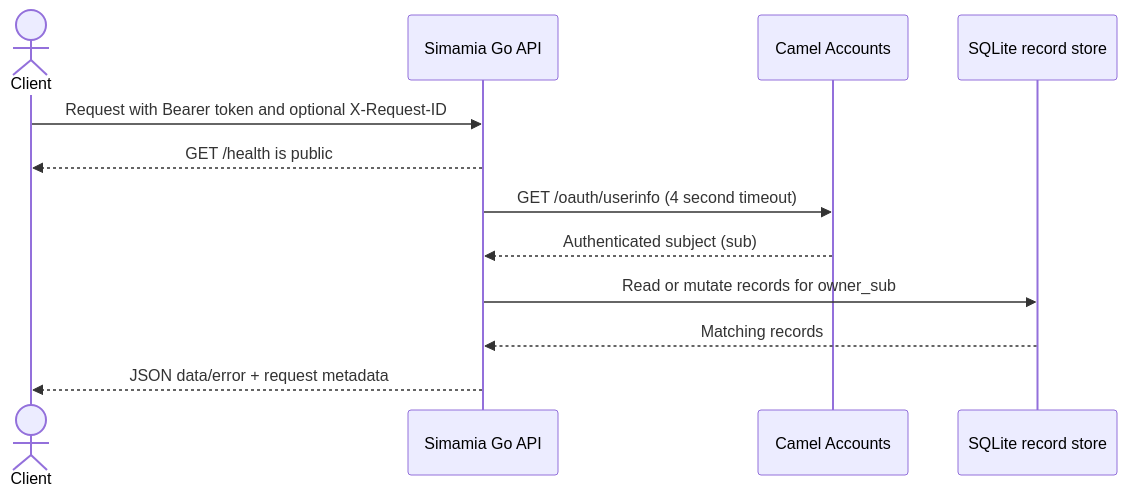
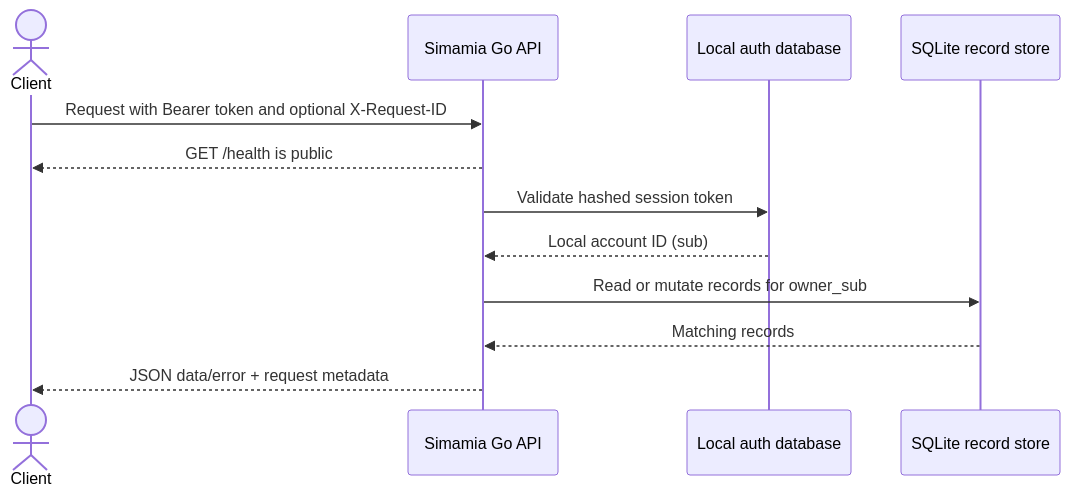
One commit to troubleman96/simamia-opensource changed the first of 2 diagrams in docs-site/app/api/page.mdx. Above: the diagram before and after it, drawn with Mermaid. The commit also changed other lines of this file and 53 other files, not shown here.

Commit message:
feat: replace Camel auth with local accounts

````diff
--- a/docs-site/app/api/page.mdx
+++ b/docs-site/app/api/page.mdx
@@ -44,14 +45,14 @@
 ```mermaid
 sequenceDiagram
   actor Client
   participant API as Simamia Go API
-  participant Accounts as Camel Accounts
+  participant Accounts as Local auth database
   participant Store as SQLite record store
   Client->>API: Request with Bearer token and optional X-Request-ID
   API-->>Client: GET /health is public
-  API->>Accounts: GET /oauth/userinfo (4 second timeout)
-  Accounts-->>API: Authenticated subject (sub)
+  API->>Accounts: Validate hashed session token
+  Accounts-->>API: Local account ID (sub)
   API->>Store: Read or mutate records for owner_sub
   Store-->>API: Matching records
   API-->>Client: JSON data/error + request metadata
 ```
````
